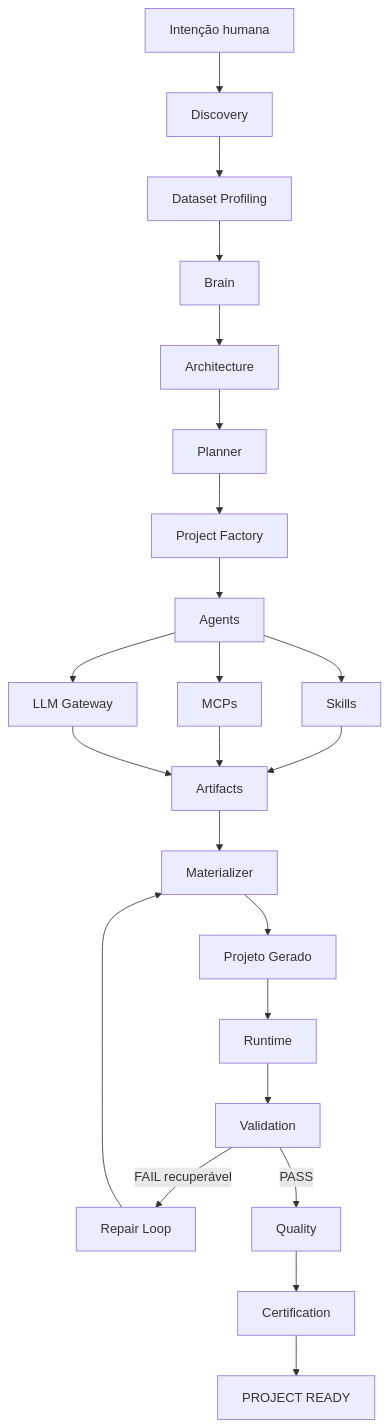
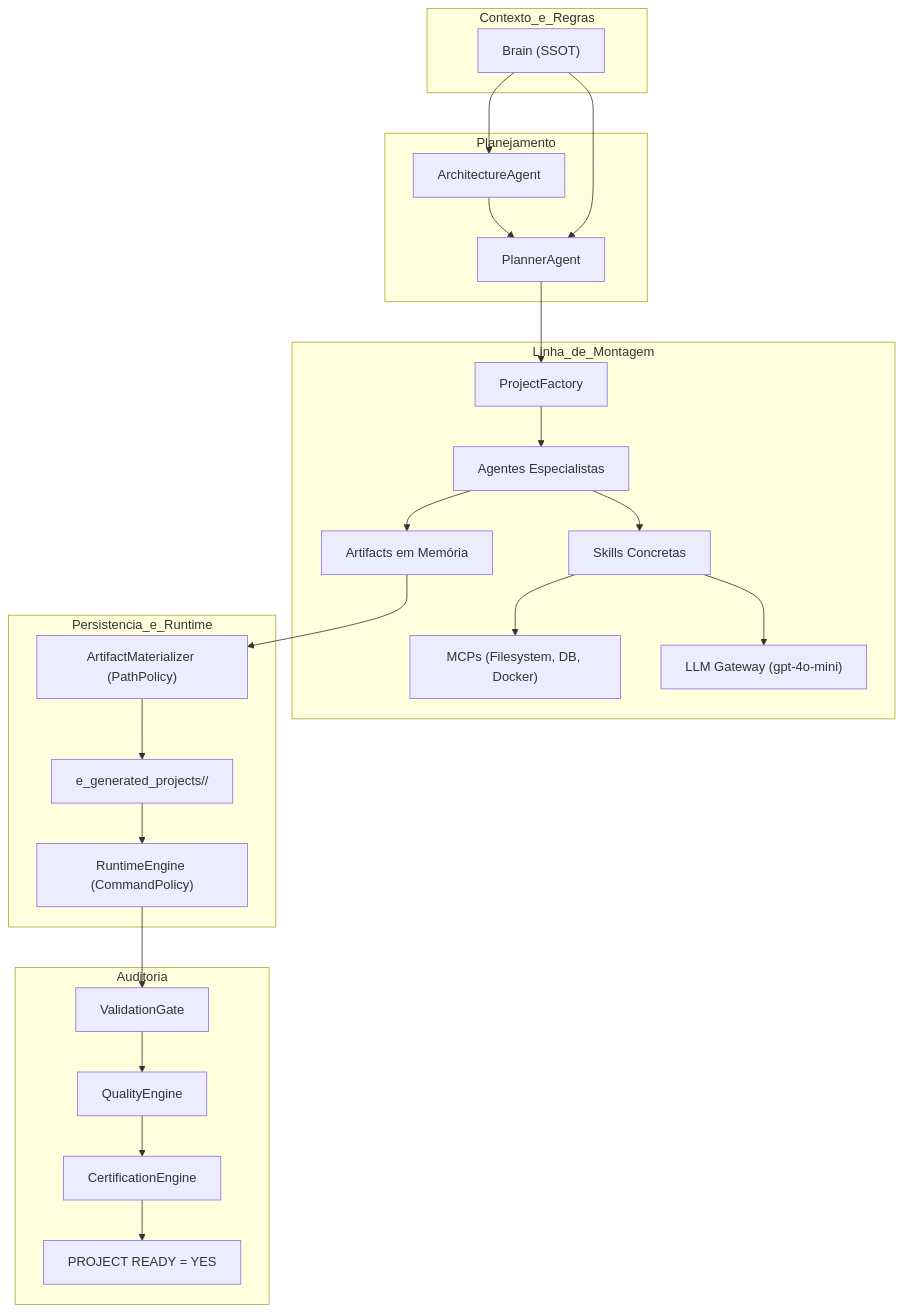
Before and after one commit to MayaraLonguinho/analytics_agents_factory: the fourth of 4 diagrams in README.md, drawn with Mermaid. The commit also changed other lines of this file, not shown here.

Commit message:
docs: rebuild aaf project guide

````diff
--- a/README.md
+++ b/README.md
@@ -860,31 +331,34 @@
 ```mermaid
-flowchart TD
-    A["Intenção humana"] --> B["Discovery"]
-    B --> C["Dataset Profiling"]
-    C --> D["Brain"]
-    D --> E["Architecture"]
-    E --> F["Planner"]
-
-    F --> G["Project Factory"]
-
-    G --> H["Agents"]
-    H --> I["Skills"]
-    H --> J["MCPs"]
-    H --> K["LLM Gateway"]
-
-    I --> L["Artifacts"]
-    J --> L
-    K --> L
-
-    L --> M["Materializer"]
-    M --> N["Projeto Gerado"]
-    N --> O["Runtime"]
-    O --> P["Validation"]
-
-    P -->|FAIL recuperável| Q["Repair Loop"]
-    Q --> M
-
-    P -->|PASS| R["Quality"]
-    R --> S["Certification"]
-    S --> T["PROJECT READY"]
+flowchart TB
+    subgraph Contexto_e_Regras
+        BR["Brain (SSOT)"]
+    end
+    
+    subgraph Planejamento
+        ARCH["ArchitectureAgent"] --> PLAN["PlannerAgent"]
+        BR --> ARCH
+        BR --> PLAN
+    end
+    
+    subgraph Linha_de_Montagem
+        PLAN --> FACT["ProjectFactory"]
+        FACT --> AGTS["Agentes Especialistas"]
+        AGTS --> SKL["Skills Concretas"]
+        SKL --> MCPS["MCPs (Filesystem, DB, Docker)"]
+        SKL --> GW["LLM Gateway (gpt-4o-mini)"]
+        AGTS --> ART["Artifacts em Memória"]
+    end
+    
+    subgraph Persistencia_e_Runtime
+        ART --> MAT["ArtifactMaterializer (PathPolicy)"]
+        MAT --> DISK["e_generated_projects/<id>/"]
+        DISK --> RUN["RuntimeEngine (CommandPolicy)"]
+    end
+    
+    subgraph Auditoria
+        RUN --> VAL["ValidationGate"]
+        VAL --> QUAL["QualityEngine"]
+        QUAL --> CERT["CertificationEngine"]
+        CERT --> READY["PROJECT READY = YES"]
+    end
 ```
````
